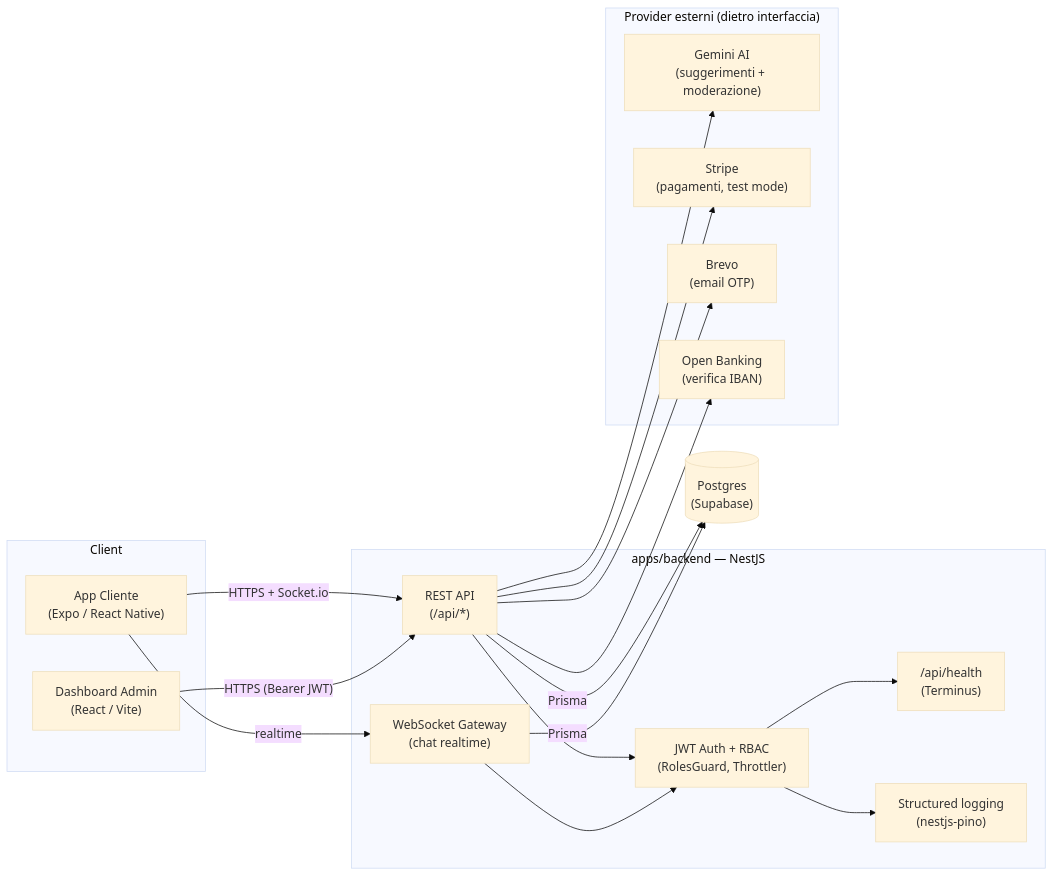
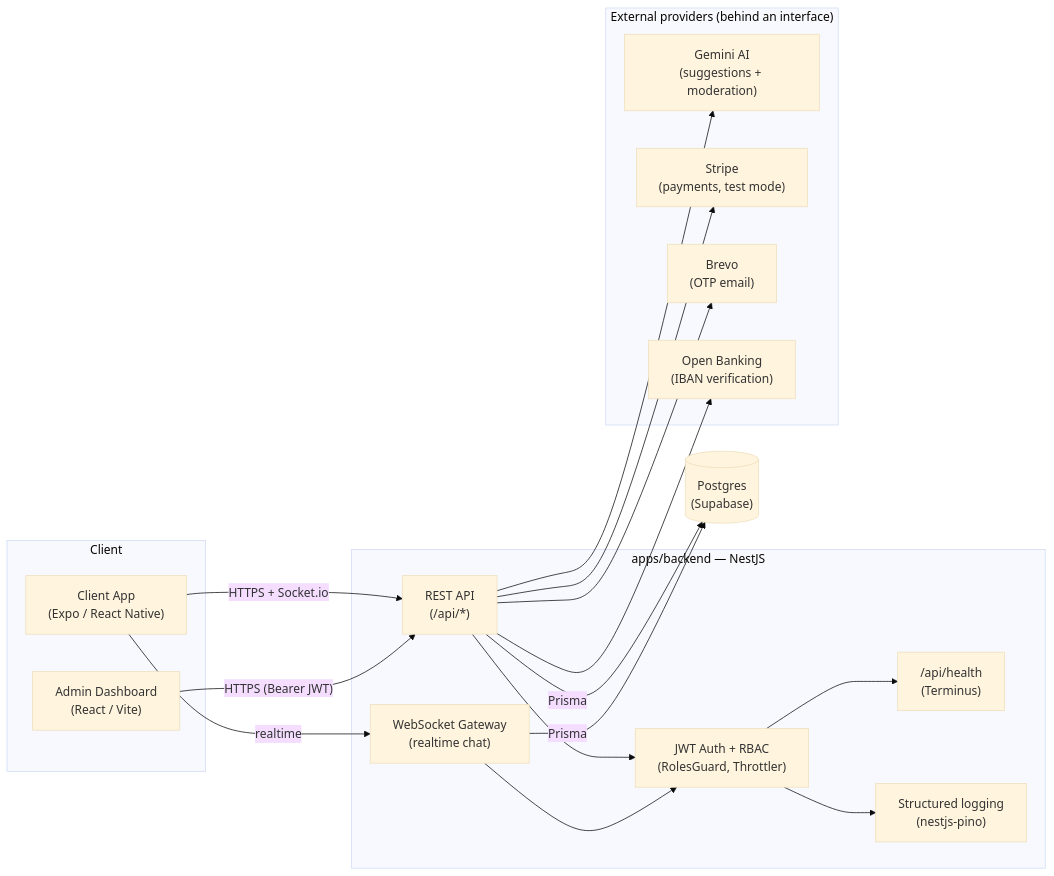
Before and after one commit to zakka900/Craftsman--marketplace: the diagram in README.md, drawn with Mermaid (base theme). The commit also changed other lines of this file and 34 other files, not shown here.

````diff
--- a/README.md
+++ b/README.md
@@ -8,41 +8,41 @@
 ```mermaid
 flowchart LR
     subgraph Client["Client"]
-        Mobile["App Cliente\n(Expo / React Native)"]
-        Admin["Dashboard Admin\n(React / Vite)"]
+        Mobile["Client App\n(Expo / React Native)"]
+        Admin["Admin Dashboard\n(React / Vite)"]
     end
 
     subgraph Backend["apps/backend — NestJS"]
         API["REST API\n(/api/*)"]
-        WS["WebSocket Gateway\n(chat realtime)"]
+        WS["WebSocket Gateway\n(realtime chat)"]
         Guards["JWT Auth + RBAC\n(RolesGuard, Throttler)"]
         Health["/api/health\n(Terminus)"]
         Logger["Structured logging\n(nestjs-pino)"]
     end
 
-    subgraph Providers["Provider esterni (dietro interfaccia)"]
-        Gemini["Gemini AI\n(suggerimenti + moderazione)"]
-        Stripe["Stripe\n(pagamenti, test mode)"]
-        Brevo["Brevo\n(email OTP)"]
-        Lean["Open Banking\n(verifica IBAN)"]
+    subgraph Providers["External providers (behind an interface)"]
+        Gemini["Gemini AI\n(suggestions + moderation)"]
+        Stripe["Stripe\n(payments, test mode)"]
+        Brevo["Brevo\n(OTP email)"]
+        Lean["Open Banking\n(IBAN verification)"]
     end
 
     DB[("Postgres\n(Supabase)")]
 
     Mobile -- "HTTPS + Socket.io" --> API
     Mobile -- "realtime" --> WS
     Admin -- "HTTPS (Bearer JWT)" --> API
 
     API --> Guards
     WS --> Guards
     Guards --> Health
     Guards --> Logger
 
     API --> Gemini
     API --> Stripe
     API --> Brevo
     API --> Lean
 
     API -- "Prisma" --> DB
     WS -- "Prisma" --> DB
 ```
````
